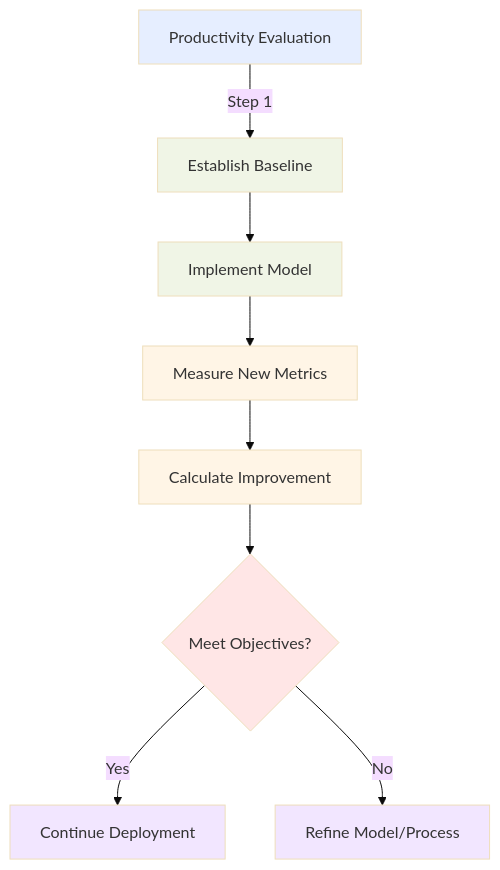
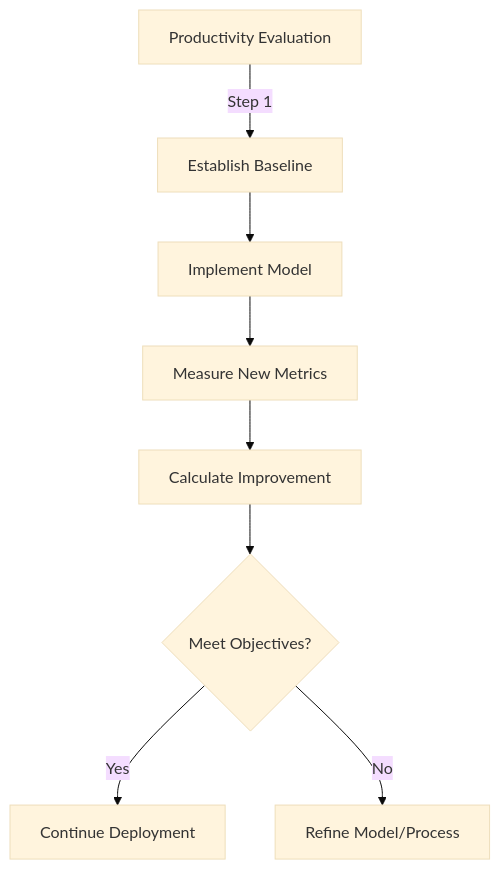
One commit to CloudCityPress/aws-aif-c01 changed the fourth of 4 diagrams in english/30_40_Methods_to_evaluate_foundation_model_performance.md. Above: the diagram before and after it, drawn with Mermaid (base theme). The commit also changed other lines of this file and 16 other files, not shown here.

Commit message:
updating Mermaids

````diff
--- a/english/30_40_Methods_to_evaluate_foundation_model_performance.md
+++ b/english/30_40_Methods_to_evaluate_foundation_model_performance.md
@@ -204,18 +185,10 @@
 ```mermaid
 flowchart TD
     A[Productivity Evaluation] -->|Step 1| B[Establish Baseline]
     B --> C[Implement Model]
     C --> D[Measure New Metrics]
     D --> E[Calculate Improvement]
     E --> F{Meet Objectives?}
     F -->|Yes| G[Continue Deployment]
     F -->|No| H[Refine Model/Process]
-    style A fill:#e6eeff
-    style B fill:#f0f5e6
-    style C fill:#f0f5e6
-    style D fill:#fff5e6
-    style E fill:#fff5e6
-    style F fill:#ffe6e6
-    style G fill:#f2e6ff
-    style H fill:#f2e6ff
 ```
````
